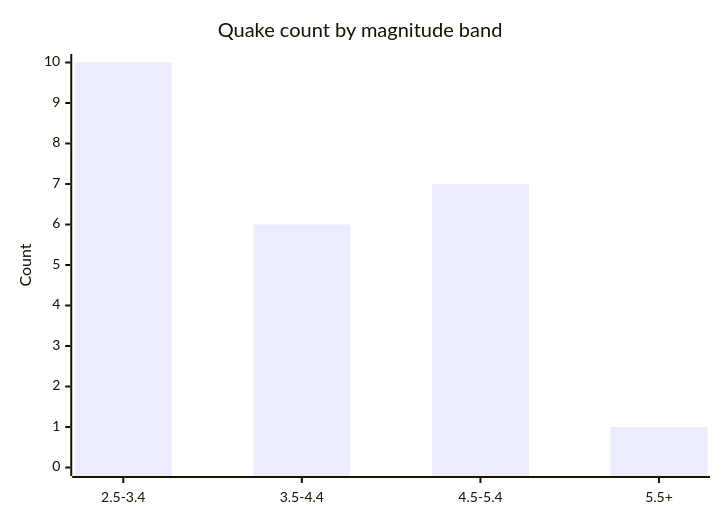
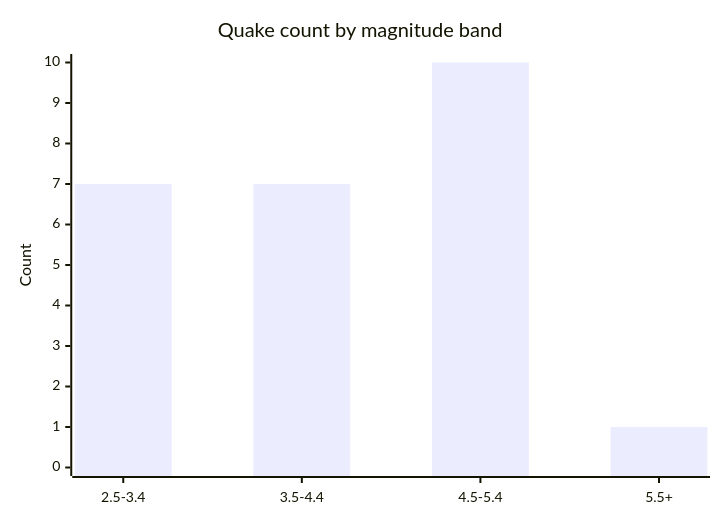
The fifth of 6 diagrams in docs/GRAPHS.md (Midwest-Stratospheric/aerostratospheric-defense-gir), drawn with Mermaid before and after one commit. The commit also changed other lines of this file and 23 other files, not shown here.

````diff
--- a/docs/GRAPHS.md
+++ b/docs/GRAPHS.md
@@ -82,7 +82,7 @@
 ```mermaid
 xychart-beta
   title "Quake count by magnitude band"
   x-axis ["2.5-3.4", "3.5-4.4", "4.5-5.4", "5.5+"]
   y-axis "Count" 0 --> 10
-  bar [10, 6, 7, 1]
+  bar [7, 7, 10, 1]
 ```
````
